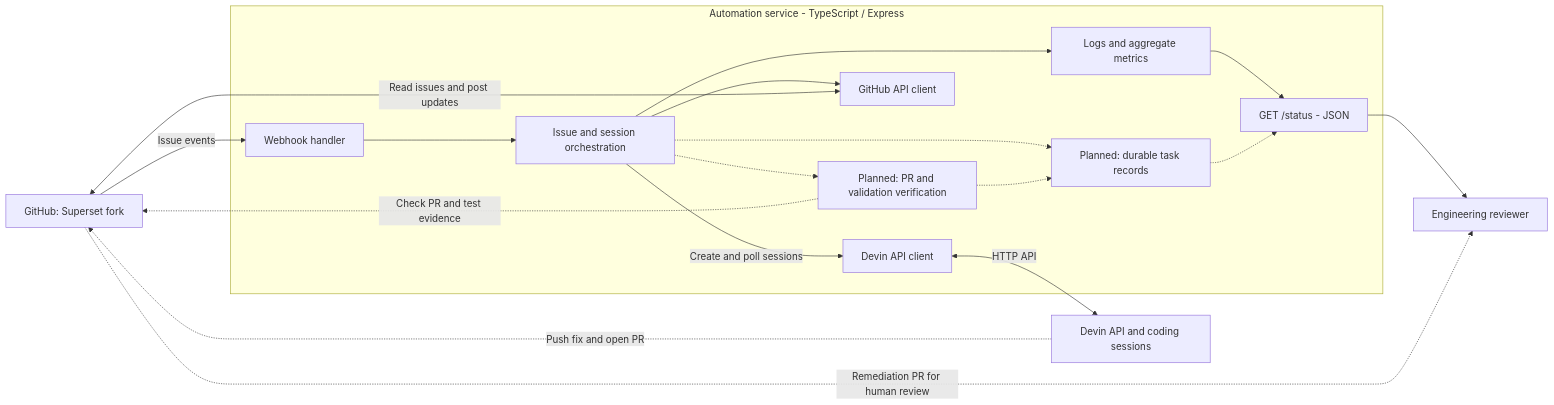
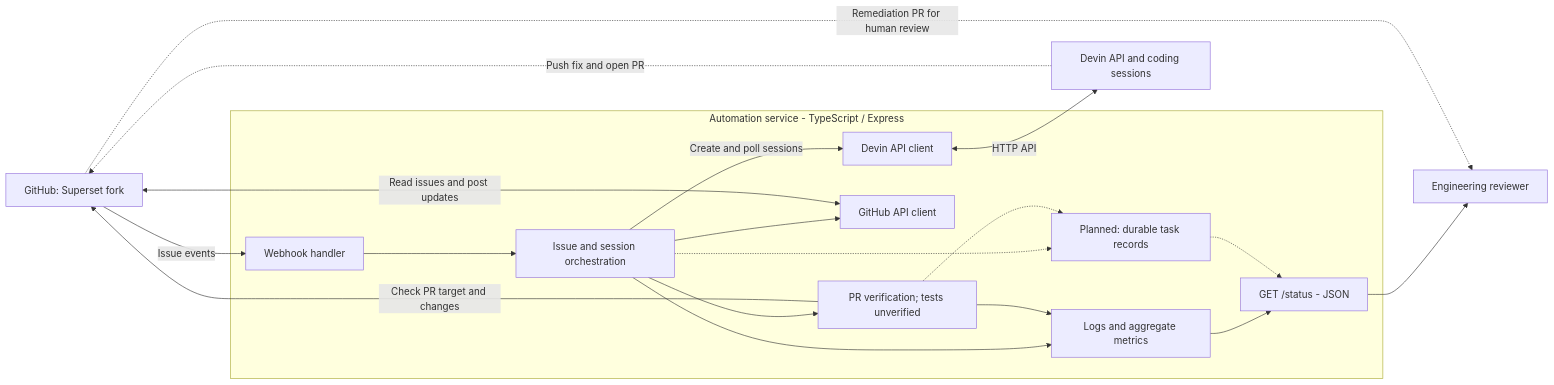
One commit to chengify/devin-demo changed the first of 2 diagrams in README.md. Above: the diagram before and after it, drawn with Mermaid. The commit also changed other lines of this file and 14 other files, not shown here.

````diff
--- a/README.md
+++ b/README.md
@@ -60,34 +60,35 @@
 ```mermaid
 flowchart LR
     github["GitHub: Superset fork"]
     devin["Devin API and coding sessions"]
     reviewer["Engineering reviewer"]
 
     subgraph service["Automation service - TypeScript / Express"]
         webhook["Webhook handler"]
         automation["Issue and session orchestration"]
         client["Devin API client"]
         ghclient["GitHub API client"]
         metrics["Logs and aggregate metrics"]
         status["GET /status - JSON"]
         tasks["Planned: durable task records"]
-        verify["Planned: PR and validation verification"]
+        verify["PR verification; tests unverified"]
     end
 
     github -->|Issue events| webhook
     webhook --> automation
     automation -->|Create and poll sessions| client
     client <-->|HTTP API| devin
     automation --> ghclient
     ghclient <-->|Read issues and post updates| github
     automation --> metrics
     metrics --> status
     status --> reviewer
     automation -.-> tasks
     devin -.->|Push fix and open PR| github
-    automation -.-> verify
-    verify -.->|Check PR and test evidence| github
+    automation --> verify
+    verify -->|Check PR target and changes| github
+    verify --> metrics
     verify -.-> tasks
     tasks -.-> status
     github -.->|Remediation PR for human review| reviewer
 ```
````
